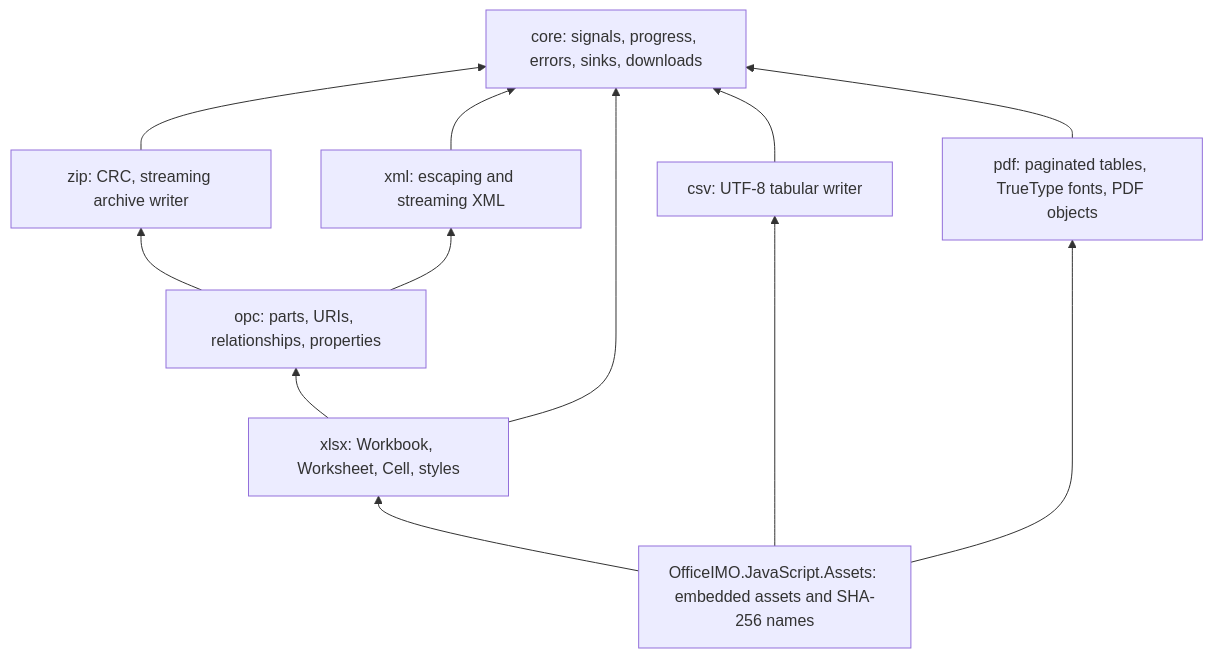
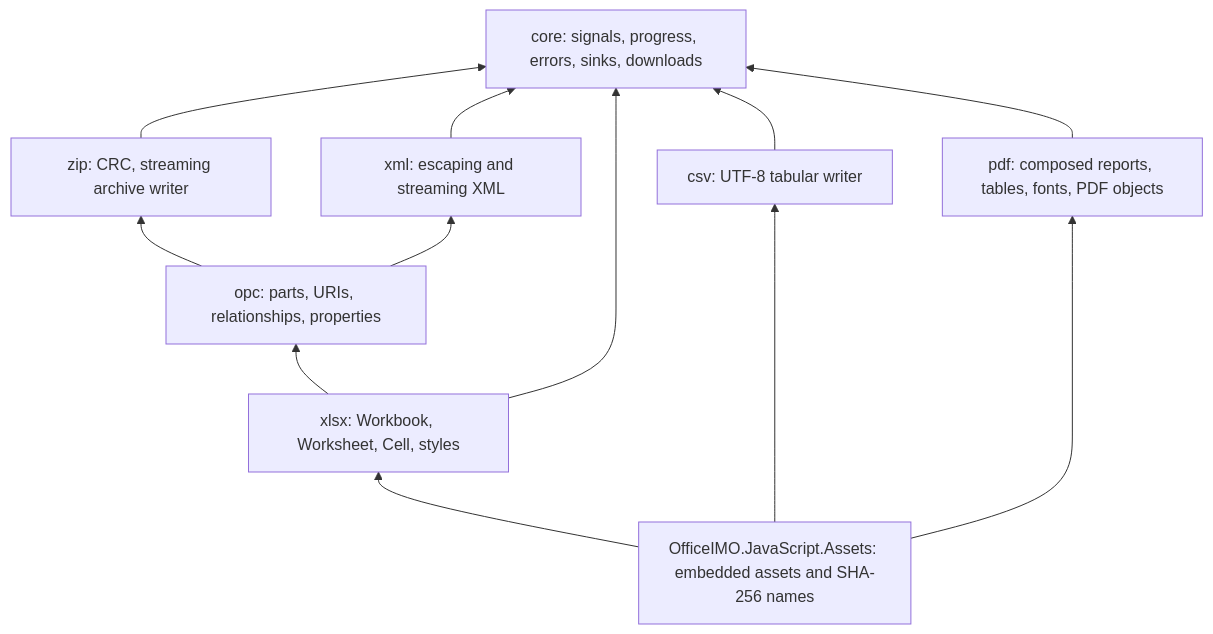
One commit to EvotecIT/OfficeIMO changed the diagram in Docs/officeimo.javascript-architecture.md. Above: the diagram before and after it, drawn with Mermaid. The commit also changed other lines of this file and 50 other files, not shown here.

````diff
--- a/Docs/officeimo.javascript-architecture.md
+++ b/Docs/officeimo.javascript-architecture.md
@@ -7,21 +7,21 @@
 ```mermaid
 flowchart BT
     Core["core: signals, progress, errors, sinks, downloads"]
     Zip["zip: CRC, streaming archive writer"]
     Xml["xml: escaping and streaming XML"]
     Opc["opc: parts, URIs, relationships, properties"]
     Xlsx["xlsx: Workbook, Worksheet, Cell, styles"]
     Csv["csv: UTF-8 tabular writer"]
-    Pdf["pdf: paginated tables, TrueType fonts, PDF objects"]
+    Pdf["pdf: composed reports, tables, fonts, PDF objects"]
     Zip --> Core
     Xml --> Core
     Opc --> Zip
     Opc --> Xml
     Xlsx --> Opc
     Xlsx --> Core
     Csv --> Core
     Pdf --> Core
     Adapter["OfficeIMO.JavaScript.Assets: embedded assets and SHA-256 names"] --> Xlsx
     Adapter --> Csv
     Adapter --> Pdf
 ```
````
